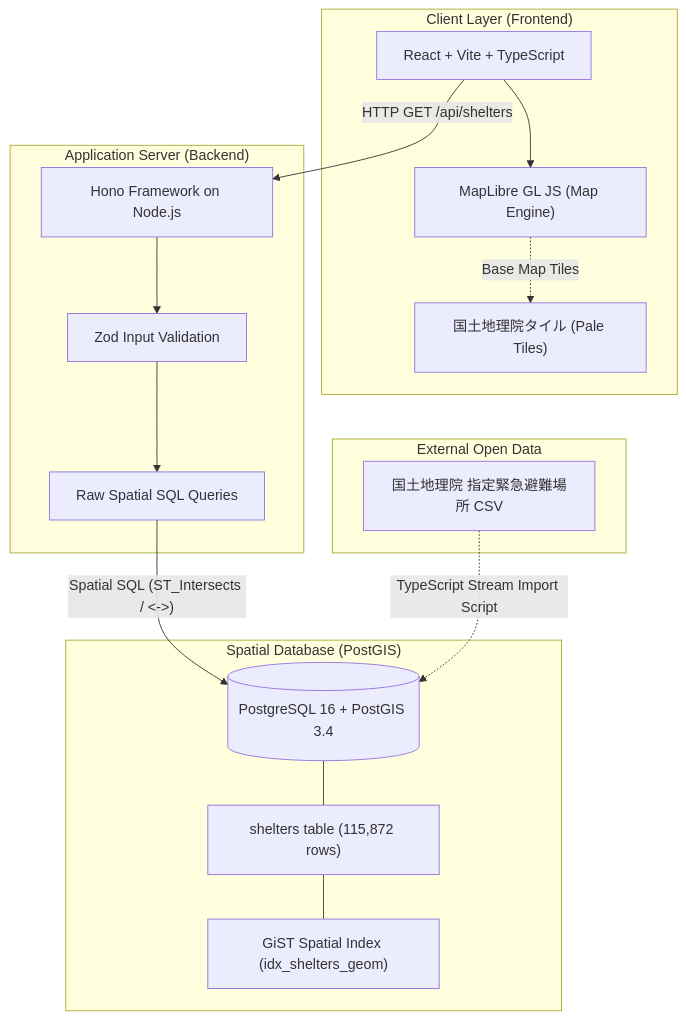
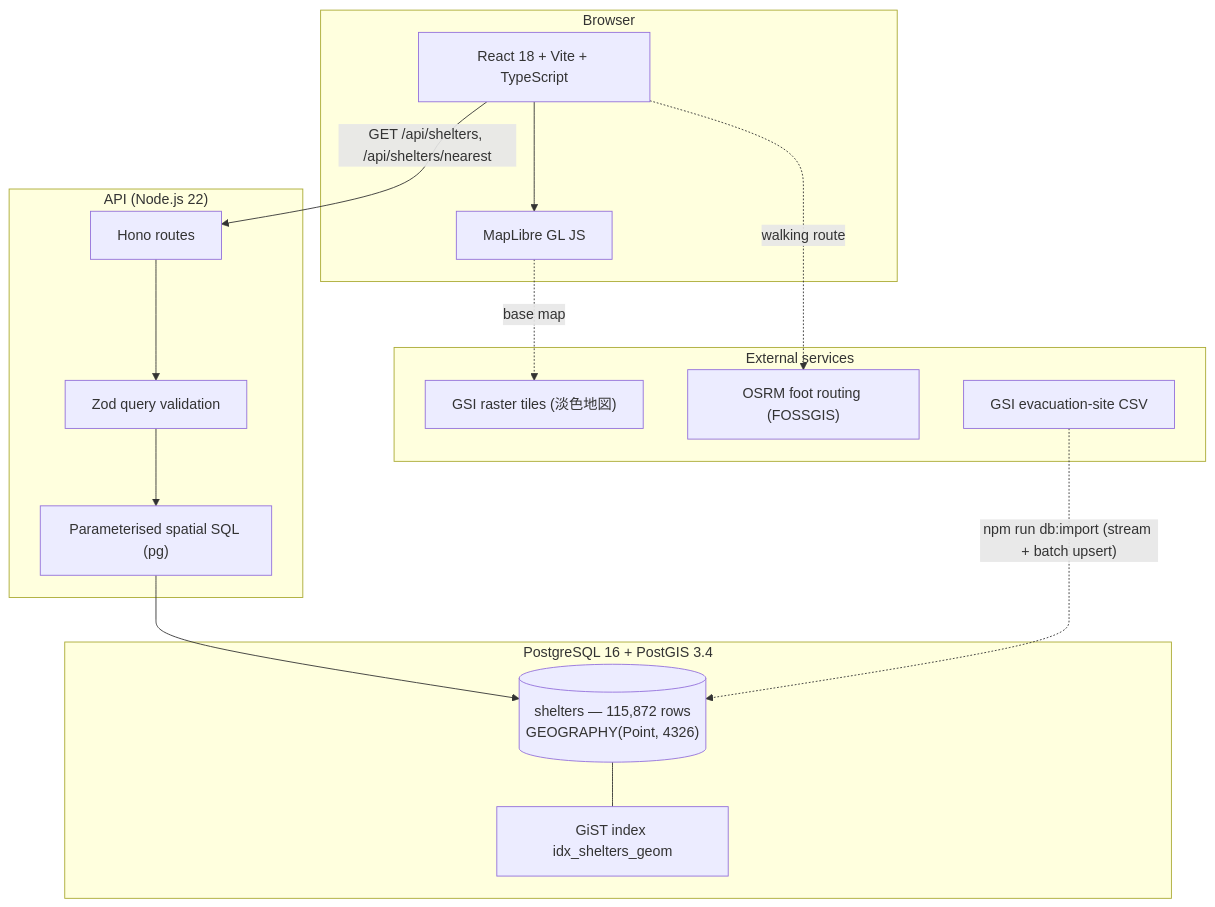
The diagram in README.md (Bikash4JP/hinan-map), drawn with Mermaid before and after one commit. The commit also changed other lines of this file and 22 other files, not shown here.

Commit message:
feat: add project initialization with database, API, and agent skill configurations

````diff
--- a/README.md
+++ b/README.md
@@ -33,34 +49,32 @@
 ```mermaid
 graph TD
-    subgraph Client ["Client Layer (Frontend)"]
-        UI["React + Vite + TypeScript"]
-        MAP["MapLibre GL JS (Map Engine)"]
-        TILES["国土地理院タイル (Pale Tiles)"]
+    subgraph Browser
+        UI["React 18 + Vite + TypeScript"]
+        MAP["MapLibre GL JS"]
     end
 
-    subgraph API ["Application Server (Backend)"]
-        HONO["Hono Framework on Node.js"]
-        ZOD["Zod Input Validation"]
-        SQL["Raw Spatial SQL Queries"]
+    subgraph API ["API (Node.js 22)"]
+        HONO["Hono routes"]
+        ZOD["Zod query validation"]
+        SQL["Parameterised spatial SQL (pg)"]
     end
 
-    subgraph DB ["Spatial Database (PostGIS)"]
-        POSTGIS[("PostgreSQL 16 + PostGIS 3.4")]
-        TABLE["shelters table (115,872 rows)"]
-        INDEX["GiST Spatial Index (idx_shelters_geom)"]
+    subgraph DB ["PostgreSQL 16 + PostGIS 3.4"]
+        TABLE[("shelters — 115,872 rows<br/>GEOGRAPHY(Point, 4326)")]
+        INDEX["GiST index idx_shelters_geom"]
     end
 
-    subgraph DATA ["External Open Data"]
-        GSI["国土地理院 指定緊急避難場所 CSV"]
+    subgraph External ["External services"]
+        TILES["GSI raster tiles (淡色地図)"]
+        ROUTE["OSRM foot routing (FOSSGIS)"]
+        CSV["GSI evacuation-site CSV"]
     end
 
     UI --> MAP
-    MAP -. Base Map Tiles .-> TILES
-    UI -- "HTTP GET /api/shelters" --> HONO
-    HONO --> ZOD
-    ZOD --> SQL
-    SQL -- "Spatial SQL (ST_Intersects / <->)" --> POSTGIS
-    POSTGIS --- TABLE
+    MAP -. "base map" .-> TILES
+    UI -- "GET /api/shelters, /api/shelters/nearest" --> HONO
+    UI -. "walking route" .-> ROUTE
+    HONO --> ZOD --> SQL --> TABLE
     TABLE --- INDEX
-    GSI -. "TypeScript Stream Import Script" .-> POSTGIS
+    CSV -. "npm run db:import (stream + batch upsert)" .-> TABLE
 ```
````
